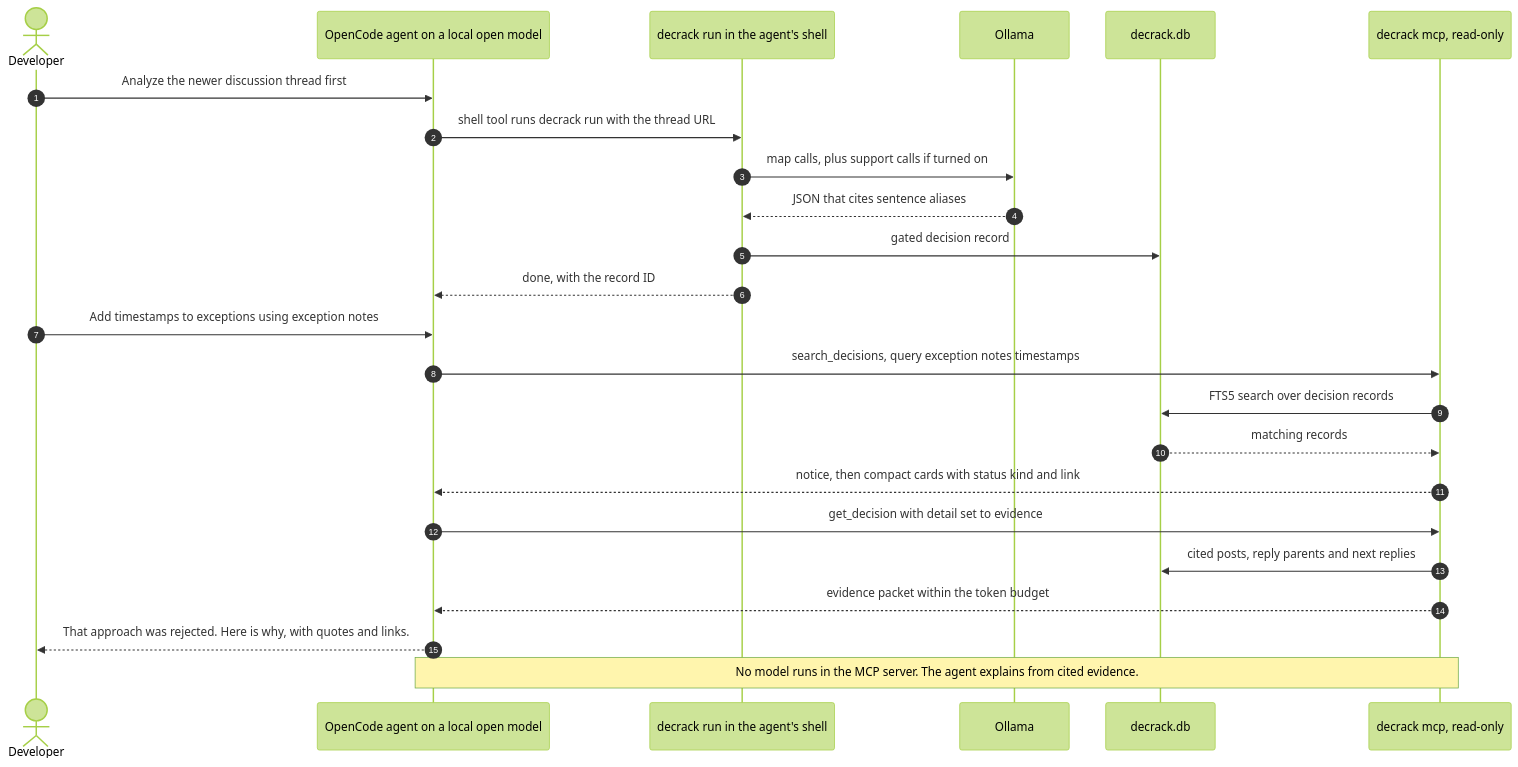
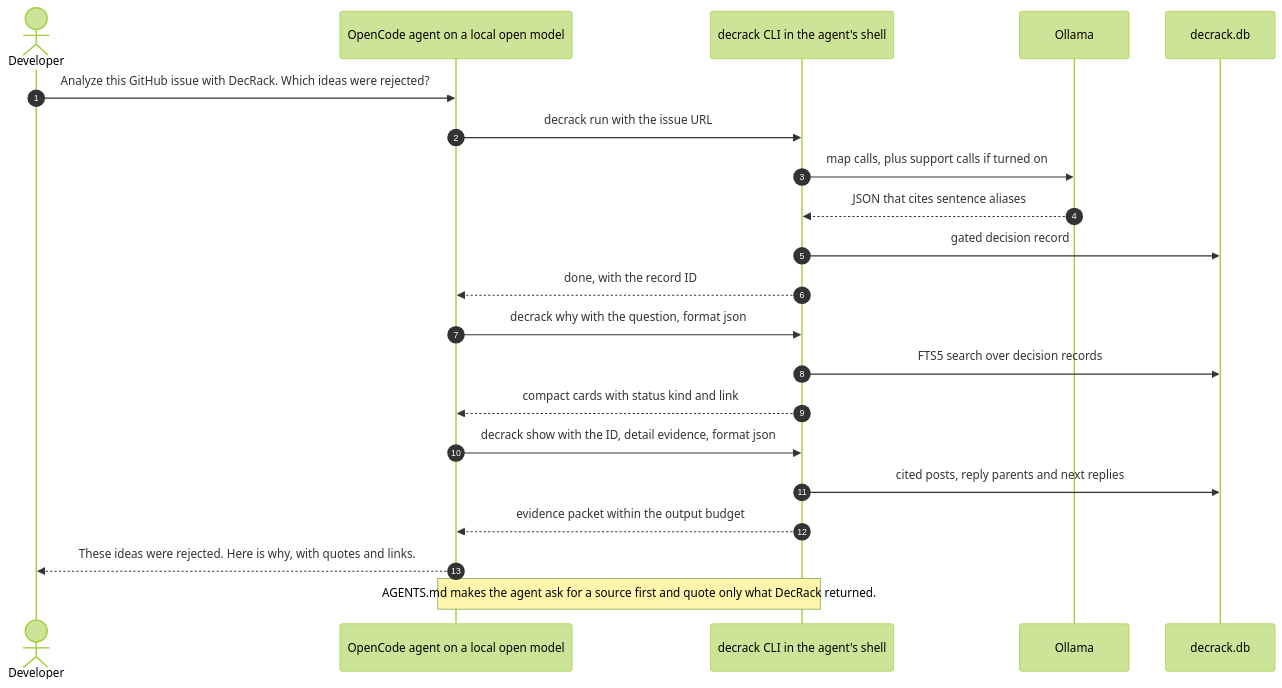
One commit to Madhav-GPT/DecRack changed the sixth of 8 diagrams in docs/ARCHITECTURE.md. Above: the diagram before and after it, drawn with Mermaid (forest theme). The commit also changed other lines of this file and 17 other files, not shown here.

````diff
--- a/docs/ARCHITECTURE.md
+++ b/docs/ARCHITECTURE.md
@@ -549,26 +572,23 @@
 ```mermaid
 sequenceDiagram
     autonumber
     actor Dev as Developer
     participant OC as OpenCode agent on a local open model
-    participant SH as decrack run in the agent's shell
+    participant SH as decrack CLI in the agent's shell
     participant OL as Ollama
     participant DB as decrack.db
-    participant DR as decrack mcp, read-only
-    Dev->>OC: Analyze the newer discussion thread first
-    OC->>SH: shell tool runs decrack run with the thread URL
+    Dev->>OC: Analyze this GitHub issue with DecRack. Which ideas were rejected?
+    OC->>SH: decrack run with the issue URL
     SH->>OL: map calls, plus support calls if turned on
     OL-->>SH: JSON that cites sentence aliases
     SH->>DB: gated decision record
     SH-->>OC: done, with the record ID
-    Dev->>OC: Add timestamps to exceptions using exception notes
-    OC->>DR: search_decisions, query exception notes timestamps
-    DR->>DB: FTS5 search over decision records
-    DB-->>DR: matching records
-    DR-->>OC: notice, then compact cards with status kind and link
-    OC->>DR: get_decision with detail set to evidence
-    DR->>DB: cited posts, reply parents and next replies
-    DR-->>OC: evidence packet within the token budget
-    OC-->>Dev: That approach was rejected. Here is why, with quotes and links.
-    Note over OC,DR: No model runs in the MCP server. The agent explains from cited evidence.
+    OC->>SH: decrack why with the question, format json
+    SH->>DB: FTS5 search over decision records
+    SH-->>OC: compact cards with status kind and link
+    OC->>SH: decrack show with the ID, detail evidence, format json
+    SH->>DB: cited posts, reply parents and next replies
+    SH-->>OC: evidence packet within the output budget
+    OC-->>Dev: These ideas were rejected. Here is why, with quotes and links.
+    Note over OC,SH: AGENTS.md makes the agent ask for a source first and quote only what DecRack returned.
 ```
````
